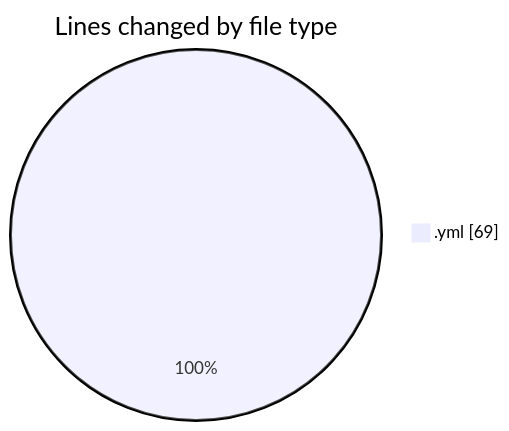
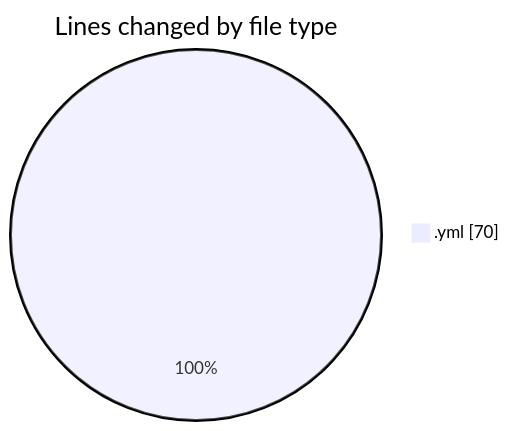
One commit to momahboobian/code-tracking changed the first of 2 diagrams in 2026-07-12/downloads/README.md. Above: the diagram before and after it, drawn with Mermaid. The commit also changed other lines of this file and 1 other file, not shown here.

````diff
--- a/2026-07-12/downloads/README.md
+++ b/2026-07-12/downloads/README.md
@@ -20,5 +20,5 @@
 ```mermaid
 pie showData
 title Lines changed by file type
-".yml" : 69
+".yml" : 70
 ```
````
